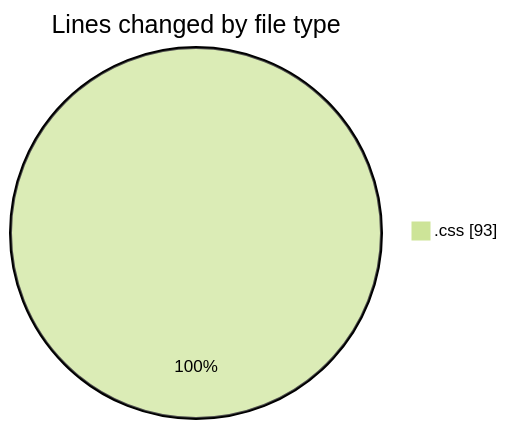
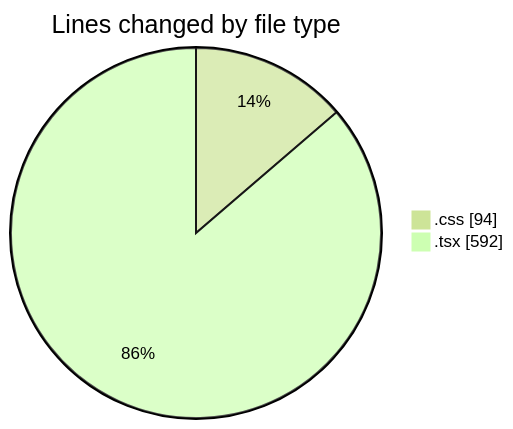
Before and after one commit to Elitesun/code-tracking: the first of 2 diagrams in 2025-03-29/binarysec/README.md, drawn with Mermaid (forest theme). The commit also changed other lines of this file and 1 other file, not shown here.

````diff
--- a/2025-03-29/binarysec/README.md
+++ b/2025-03-29/binarysec/README.md
@@ -20,5 +26,6 @@
 ```mermaid
 pie showData
 title Lines changed by file type
-".css" : 93
+".css" : 94
+".tsx" : 592
 ```
````
